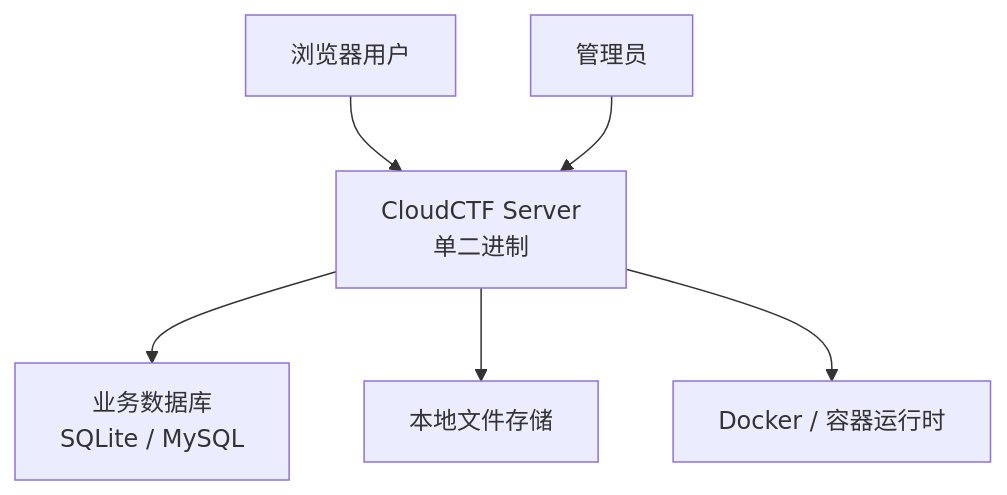
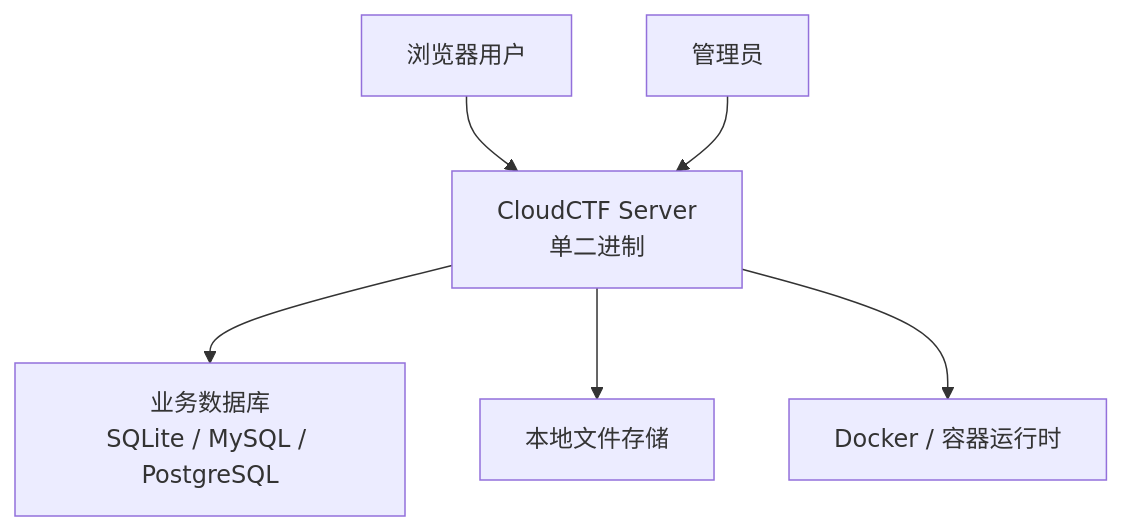
The first of 2 diagrams in docs/guide/architecture.md (hexbay/CloudCTF), drawn with Mermaid before and after one commit. The commit also changed other lines of this file and 25 other files, not shown here.

Commit message:
feat: support PostgreSQL and polish player UI

````diff
--- a/docs/guide/architecture.md
+++ b/docs/guide/architecture.md
@@ -7,9 +7,9 @@
 ```mermaid
 graph TB
   User["浏览器用户"] --> Server["CloudCTF Server<br/>单二进制"]
   Admin["管理员"] --> Server
 
-  Server --> DB["业务数据库<br/>SQLite / MySQL"]
+  Server --> DB["业务数据库<br/>SQLite / MySQL / PostgreSQL"]
   Server --> Files["本地文件存储"]
   Server --> Docker["Docker / 容器运行时"]
 ```
````
